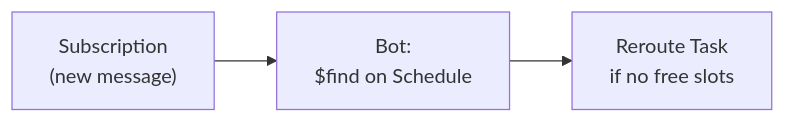
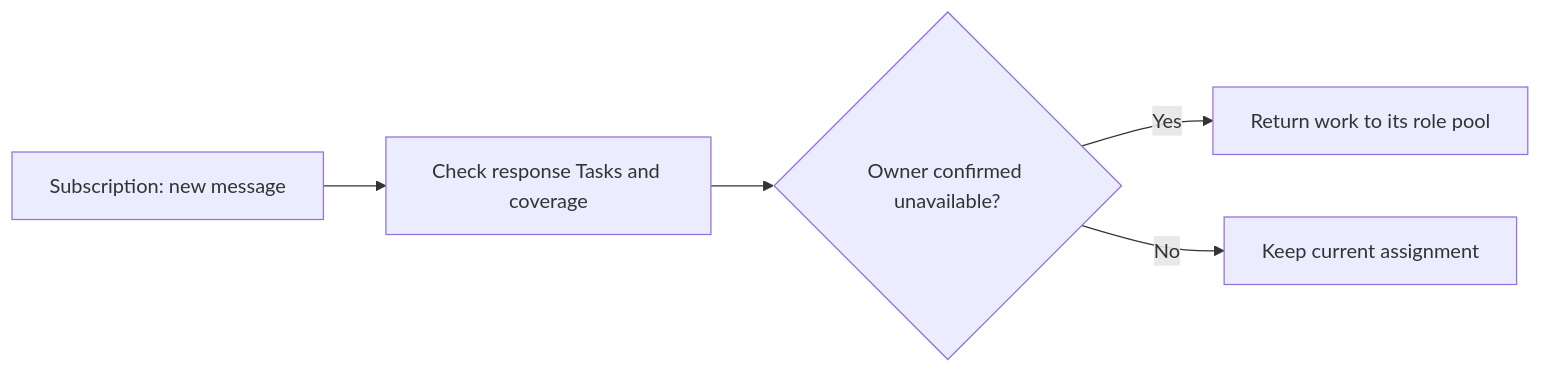
Before and after one commit to medplum/medplum: the first of 2 diagrams in packages/docs/docs/communications/messaging-automations.mdx, drawn with Mermaid. The commit also changed other lines of this file and 8 other files, not shown here.

````diff
--- a/packages/docs/docs/communications/messaging-automations.mdx
+++ b/packages/docs/docs/communications/messaging-automations.mdx
@@ -36,5 +37,7 @@
 ```mermaid
 flowchart LR
-    Sub["Subscription<br/>(new message)"] --> Bot["Bot:<br/>$find on Schedule"]
-    Bot --> Reroute["Reroute Task<br/>if no free slots"]
+    Sub["Subscription: new message"] --> Bot["Check response Tasks and coverage"]
+    Bot --> Away{"Owner confirmed unavailable?"}
+    Away -->|Yes| Reroute["Return work to its role pool"]
+    Away -->|No| Keep["Keep current assignment"]
 ```
````
